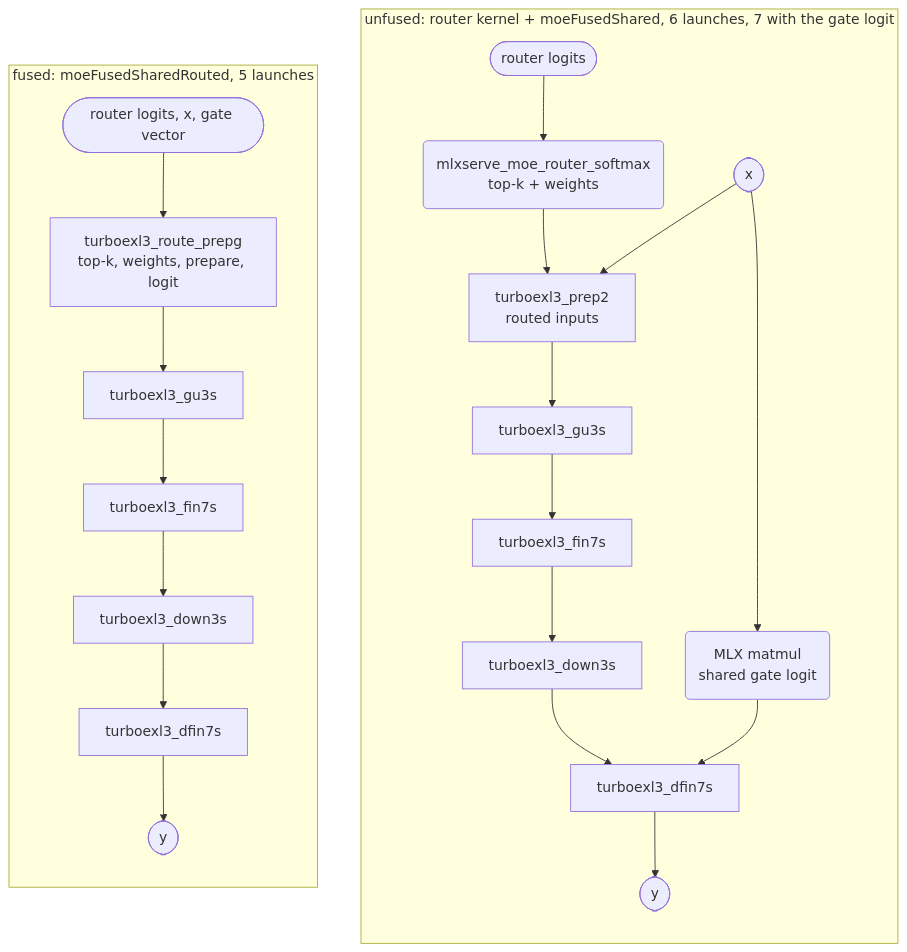
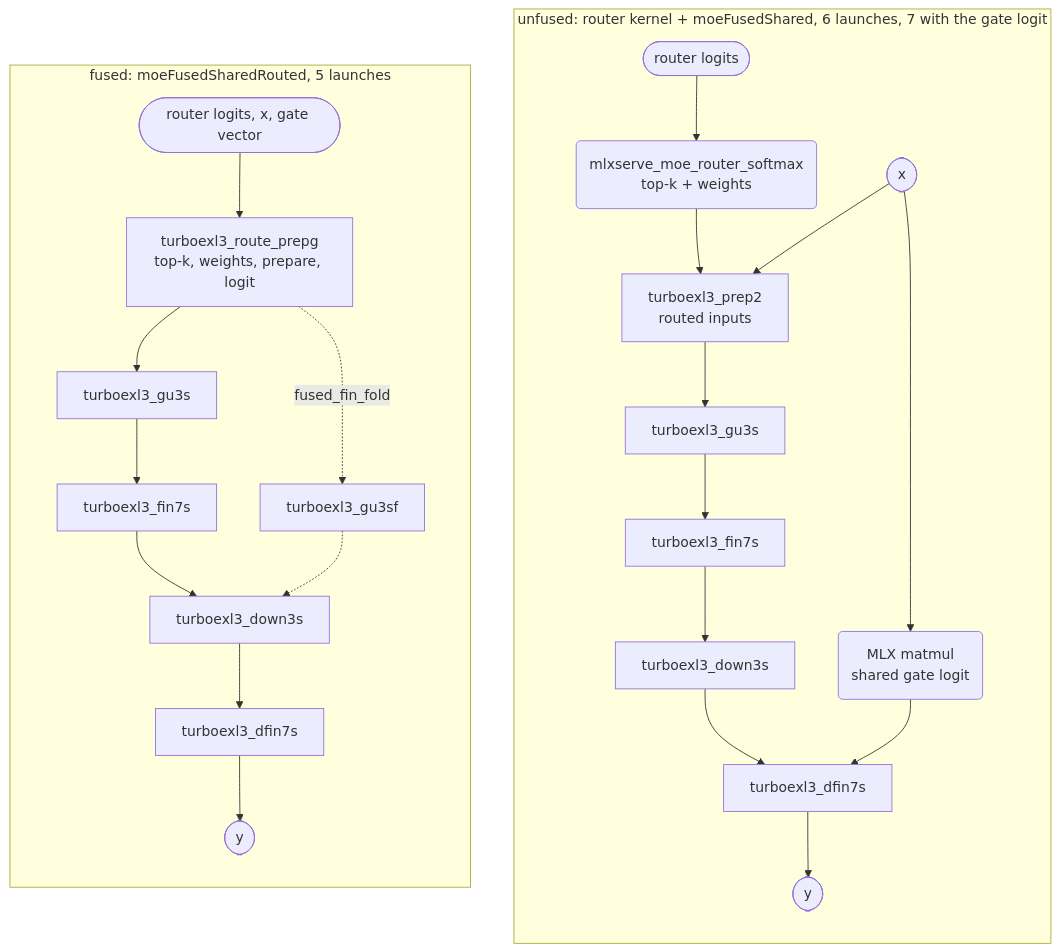
One commit to davidtai/turboexl3 changed the third of 11 diagrams in docs/KERNELS.md. Above: the diagram before and after it, drawn with Mermaid. The commit also changed other lines of this file and 268 other files, not shown here.

````diff
--- a/docs/KERNELS.md
+++ b/docs/KERNELS.md
@@ -186,25 +281,27 @@
 ```mermaid
 flowchart TB
   subgraph U["unfused: router kernel + moeFusedShared, 6 launches, 7 with the gate logit"]
     direction TB
     ul(["router logits"]) --> ur("mlxserve_moe_router_softmax<br/>top-k + weights")
     ux(["x"]) --> up["turboexl3_prep2<br/>routed inputs"]
     ur --> up
     up --> ug["turboexl3_gu3s"]
     ug --> uf["turboexl3_fin7s"]
     uf --> ud["turboexl3_down3s"]
     ud --> udf["turboexl3_dfin7s"]
     ux --> um("MLX matmul<br/>shared gate logit")
     um --> udf
     udf --> uy(["y"])
   end
   subgraph F["fused: moeFusedSharedRouted, 5 launches"]
     direction TB
     fl(["router logits, x, gate vector"]) --> fr["turboexl3_route_prepg<br/>top-k, weights, prepare, logit"]
     fr --> fg["turboexl3_gu3s"]
     fg --> ff["turboexl3_fin7s"]
     ff --> fd["turboexl3_down3s"]
+    fr -.->|fused_fin_fold| fgf["turboexl3_gu3sf"]
+    fgf -.-> fd
     fd --> fdf["turboexl3_dfin7s"]
     fdf --> fy(["y"])
   end
 ```
````
